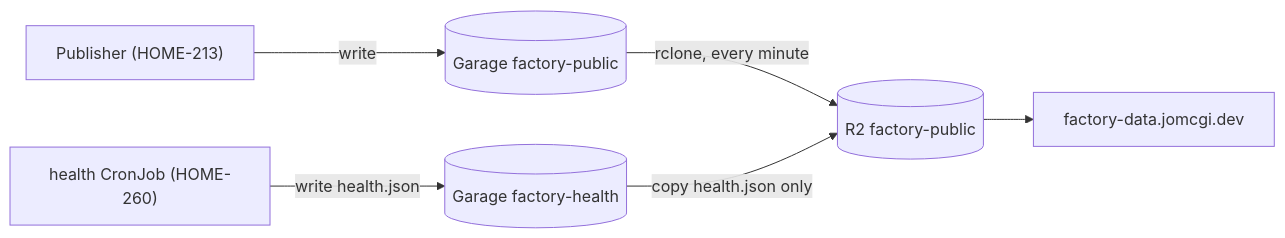
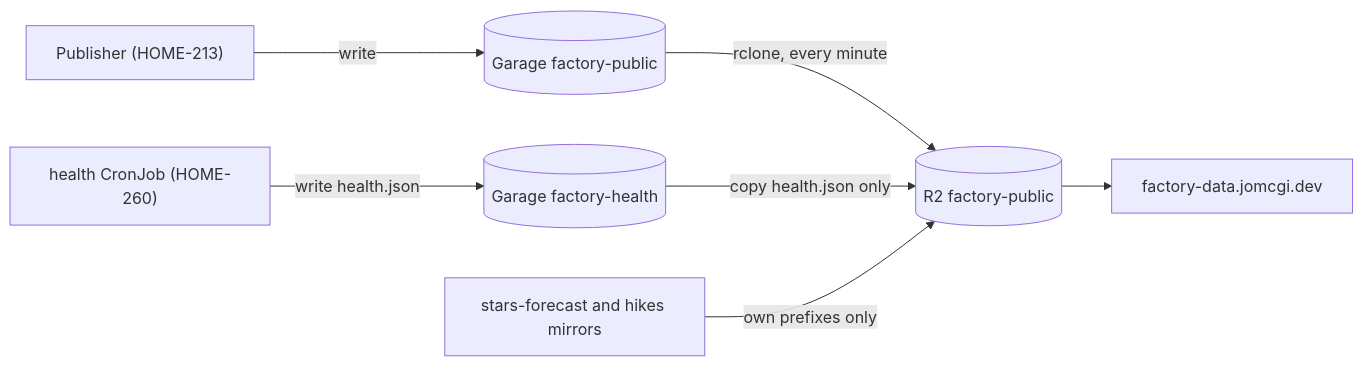
The diagram in projects/factory-public/README.md (jomcgi-org/homelab), drawn with Mermaid before and after one commit. The commit also changed other lines of this file and 26 other files, not shown here.

````diff
--- a/projects/factory-public/README.md
+++ b/projects/factory-public/README.md
@@ -11,8 +11,9 @@
 ```mermaid
 flowchart LR
   publisher["Publisher (HOME-213)"] -- write --> garage[("Garage factory-public")]
   health["health CronJob (HOME-260)"] -- "write health.json" --> hgarage[("Garage factory-health")]
   garage -- "rclone, every minute" --> r2[("R2 factory-public")]
   hgarage -- "copy health.json only" --> r2
+  others["stars-forecast and hikes mirrors"] -- "own prefixes only" --> r2
   r2 --> cdn["factory-data.jomcgi.dev"]
 ```
````
